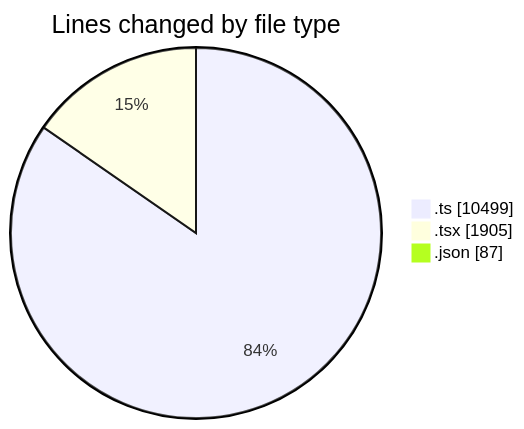
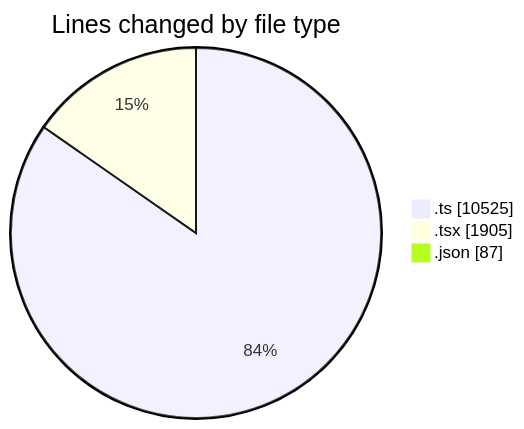
Before and after one commit to momahboobian/code-tracking: the first of 2 diagrams in 2025-07-14/cda/README.md, drawn with Mermaid. The commit also changed other lines of this file and 1 other file, not shown here.

````diff
--- a/2025-07-14/cda/README.md
+++ b/2025-07-14/cda/README.md
@@ -29,7 +29,7 @@
 ```mermaid
 pie showData
 title Lines changed by file type
-".ts" : 10499
+".ts" : 10525
 ".tsx" : 1905
 ".json" : 87
 ```
````
